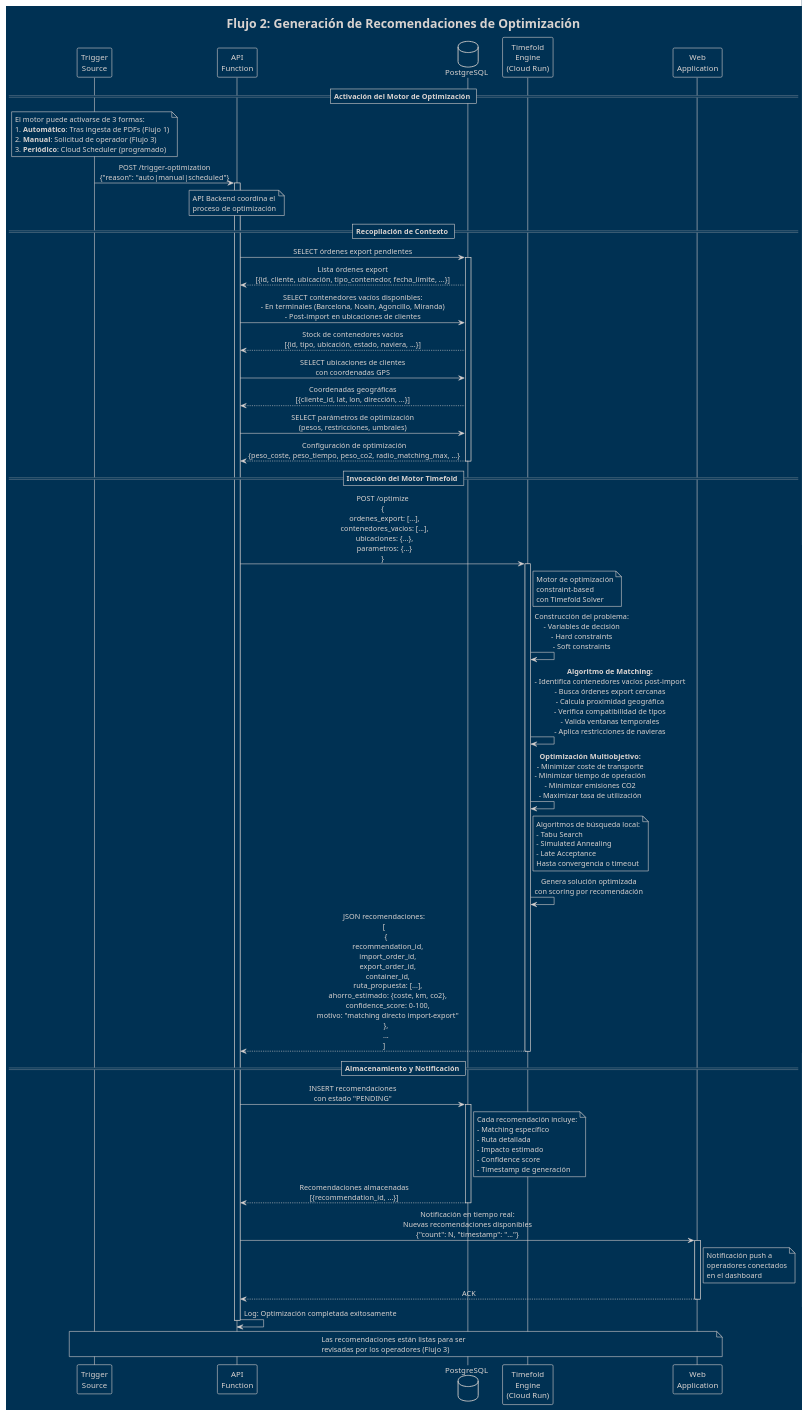
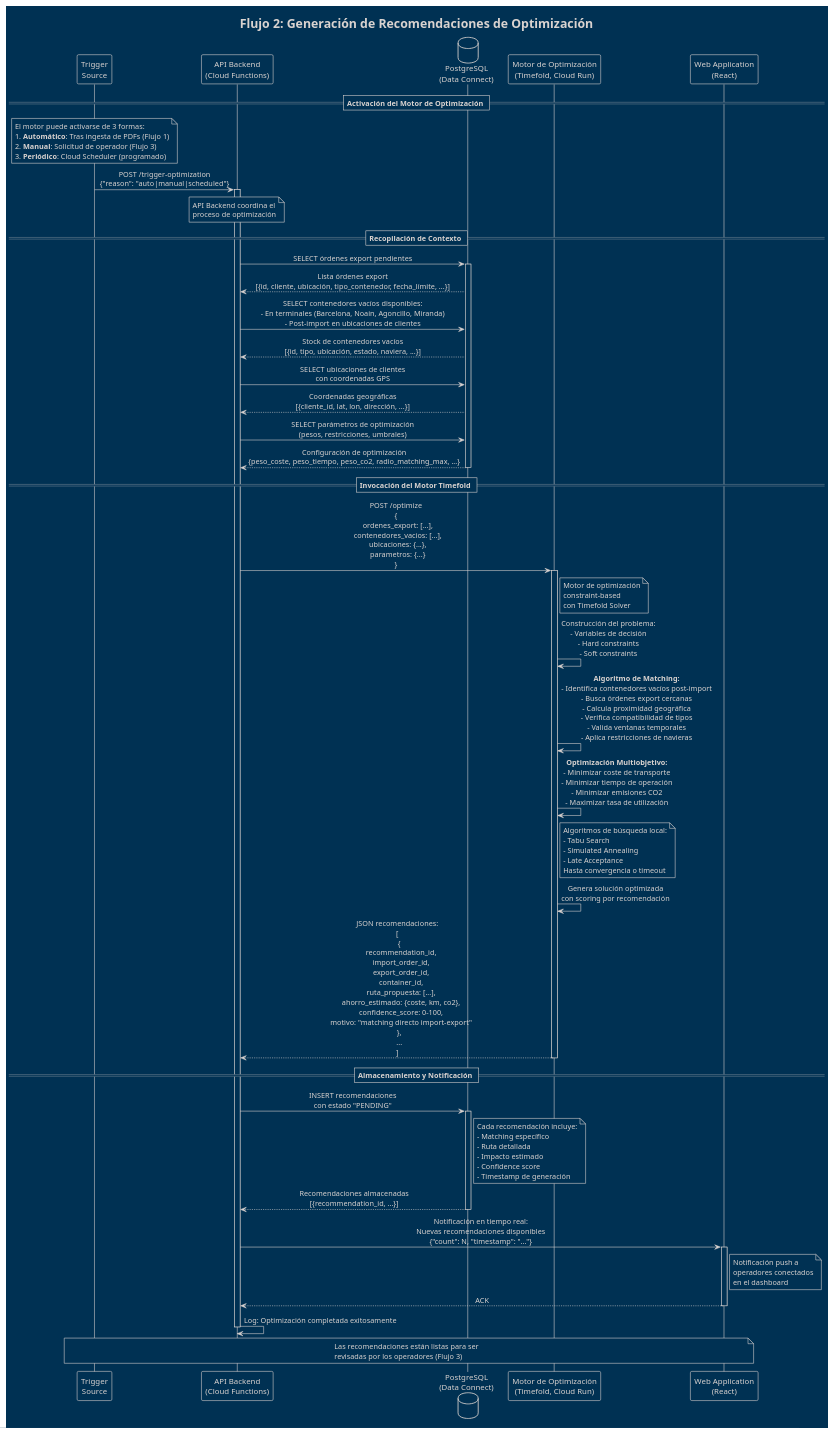
One commit to jatarifa/rhenus-logistic-offer changed the diagram in diagrams/sequence-optimization-flow.puml. Above: the diagram before and after it, drawn with PlantUML. The commit also changed 8 other files, not shown here.

Commit message:
Refine technical offer details: enhance component descriptions, clarify data flow, and improve overall structure for better understanding.

```diff
--- a/diagrams/sequence-optimization-flow.puml
+++ b/diagrams/sequence-optimization-flow.puml
@@ -1,112 +1,112 @@
 @startuml sequence-optimization-flow
 !theme blueprint
 skinparam responseMessageBelowArrow true
 skinparam sequenceMessageAlign center
 
 title Flujo 2: Generación de Recomendaciones de Optimización
 
 participant "Trigger\nSource" as Trigger
-participant "API\nFunction" as API
-database "PostgreSQL" as DB
-participant "Timefold\nEngine\n(Cloud Run)" as Timefold
-participant "Web\nApplication" as WebApp
+participant "API Backend\n(Cloud Functions)" as API
+database "PostgreSQL\n(Data Connect)" as DB
+participant "Motor de Optimización\n(Timefold, Cloud Run)" as Timefold
+participant "Web Application\n(React)" as WebApp
 
 == Activación del Motor de Optimización ==
 
 note over Trigger
   El motor puede activarse de 3 formas:
   1. **Automático**: Tras ingesta de PDFs (Flujo 1)
   2. **Manual**: Solicitud de operador (Flujo 3)
   3. **Periódico**: Cloud Scheduler (programado)
 end note
 
 Trigger -> API: POST /trigger-optimization\n{"reason": "auto|manual|scheduled"}
 activate API
 
 note over API
   API Backend coordina el
   proceso de optimización
 end note
 
 == Recopilación de Contexto ==
 
 API -> DB: SELECT órdenes export pendientes
 activate DB
 DB --> API: Lista órdenes export\n[{id, cliente, ubicación, tipo_contenedor, fecha_límite, ...}]
 
 API -> DB: SELECT contenedores vacíos disponibles:\n- En terminales (Barcelona, Noain, Agoncillo, Miranda)\n- Post-import en ubicaciones de clientes
 DB --> API: Stock de contenedores vacíos\n[{id, tipo, ubicación, estado, naviera, ...}]
 
 API -> DB: SELECT ubicaciones de clientes\ncon coordenadas GPS
 DB --> API: Coordenadas geográficas\n[{cliente_id, lat, lon, dirección, ...}]
 
 API -> DB: SELECT parámetros de optimización\n(pesos, restricciones, umbrales)
 DB --> API: Configuración de optimización\n{peso_coste, peso_tiempo, peso_co2, radio_matching_max, ...}
 
 deactivate DB
 
 == Invocación del Motor Timefold ==
 
 API -> Timefold: POST /optimize\n{\n  ordenes_export: [...],\n  contenedores_vacios: [...],\n  ubicaciones: {...},\n  parametros: {...}\n}
 activate Timefold
 
 note right of Timefold
   Motor de optimización
   constraint-based
   con Timefold Solver
 end note
 
 Timefold -> Timefold: Construcción del problema:\n- Variables de decisión\n- Hard constraints\n- Soft constraints
 
 Timefold -> Timefold: **Algoritmo de Matching:**\n- Identifica contenedores vacíos post-import\n- Busca órdenes export cercanas\n- Calcula proximidad geográfica\n- Verifica compatibilidad de tipos\n- Valida ventanas temporales\n- Aplica restricciones de navieras
 
 Timefold -> Timefold: **Optimización Multiobjetivo:**\n- Minimizar coste de transporte\n- Minimizar tiempo de operación\n- Minimizar emisiones CO2\n- Maximizar tasa de utilización
 
 note right of Timefold
   Algoritmos de búsqueda local:
   - Tabu Search
   - Simulated Annealing
   - Late Acceptance
   Hasta convergencia o timeout
 end note
 
 Timefold -> Timefold: Genera solución optimizada\ncon scoring por recomendación
 
 Timefold --> API: JSON recomendaciones:\n[\n  {\n    recommendation_id,\n    import_order_id,\n    export_order_id,\n    container_id,\n    ruta_propuesta: [...],\n    ahorro_estimado: {coste, km, co2},\n    confidence_score: 0-100,\n    motivo: "matching directo import-export"\n  },\n  ...\n]
 deactivate Timefold
 
 == Almacenamiento y Notificación ==
 
 API -> DB: INSERT recomendaciones\ncon estado "PENDING"
 activate DB
 note right of DB
   Cada recomendación incluye:
   - Matching específico
   - Ruta detallada
   - Impacto estimado
   - Confidence score
   - Timestamp de generación
 end note
 DB --> API: Recomendaciones almacenadas\n[{recommendation_id, ...}]
 deactivate DB
 
 API -> WebApp: Notificación en tiempo real:\nNuevas recomendaciones disponibles\n{"count": N, "timestamp": "..."}
 activate WebApp
 note right of WebApp
   Notificación push a
   operadores conectados
   en el dashboard
 end note
 WebApp --> API: ACK
 deactivate WebApp
 
 API -> API: Log: Optimización completada exitosamente
 
 deactivate API
 
 note over Trigger, WebApp
   Las recomendaciones están listas para ser
   revisadas por los operadores (Flujo 3)
 end note
 
 @enduml
```
